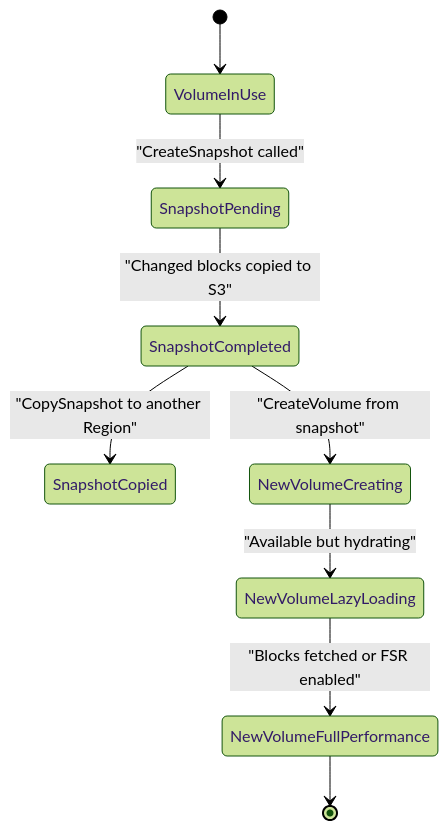
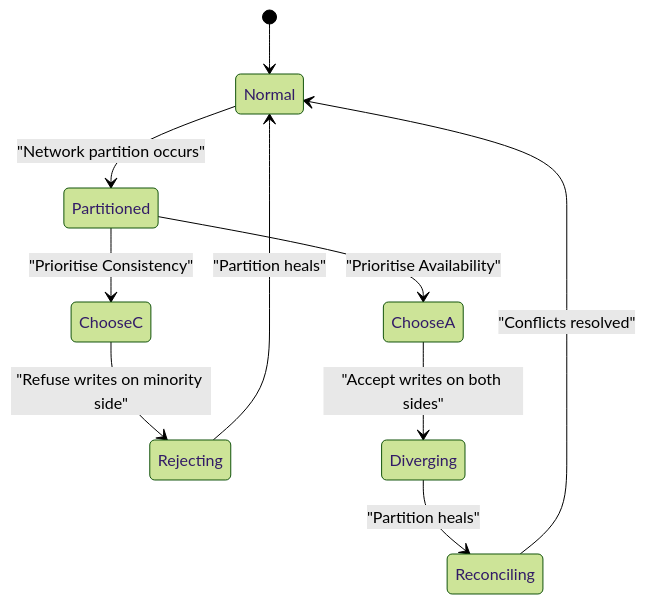
The sixth of 35 diagrams in docs/unit1/topic5.md (norbutlepcha25/dso303), drawn with Mermaid (forest theme) before and after one commit. The commit also changed other lines of this file and 945 other files, not shown here.

````diff
--- a/docs/unit1/topic5.md
+++ b/docs/unit1/topic5.md
@@ -459,11 +328,12 @@
 ```mermaid
 stateDiagram-v2
-    [*] --> VolumeInUse
-    VolumeInUse --> SnapshotPending : "CreateSnapshot called"
-    SnapshotPending --> SnapshotCompleted : "Changed blocks copied to S3"
-    SnapshotCompleted --> SnapshotCopied : "CopySnapshot to another Region"
-    SnapshotCompleted --> NewVolumeCreating : "CreateVolume from snapshot"
-    NewVolumeCreating --> NewVolumeLazyLoading : "Available but hydrating"
-    NewVolumeLazyLoading --> NewVolumeFullPerformance : "Blocks fetched or FSR enabled"
-    NewVolumeFullPerformance --> [*]
+    [*] --> Normal
+    Normal --> Partitioned: "Network partition occurs"
+    Partitioned --> ChooseC: "Prioritise Consistency"
+    Partitioned --> ChooseA: "Prioritise Availability"
+    ChooseC --> Rejecting: "Refuse writes on minority side"
+    ChooseA --> Diverging: "Accept writes on both sides"
+    Rejecting --> Normal: "Partition heals"
+    Diverging --> Reconciling: "Partition heals"
+    Reconciling --> Normal: "Conflicts resolved"
 ```
````
